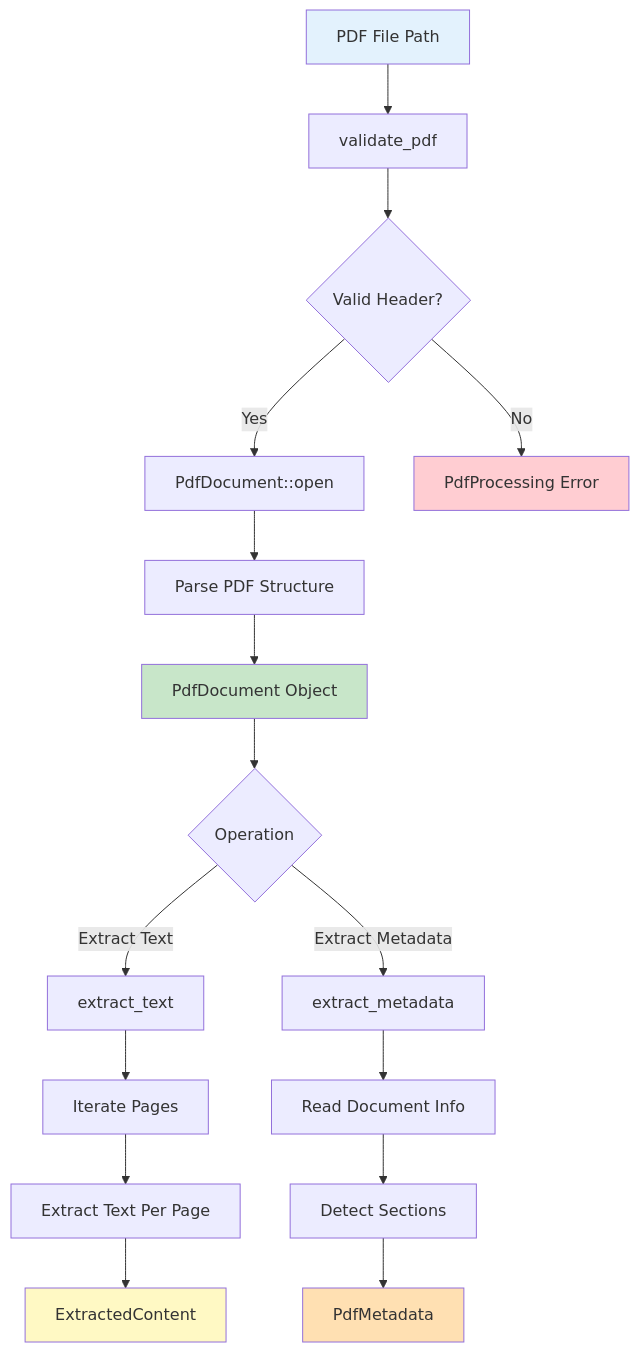
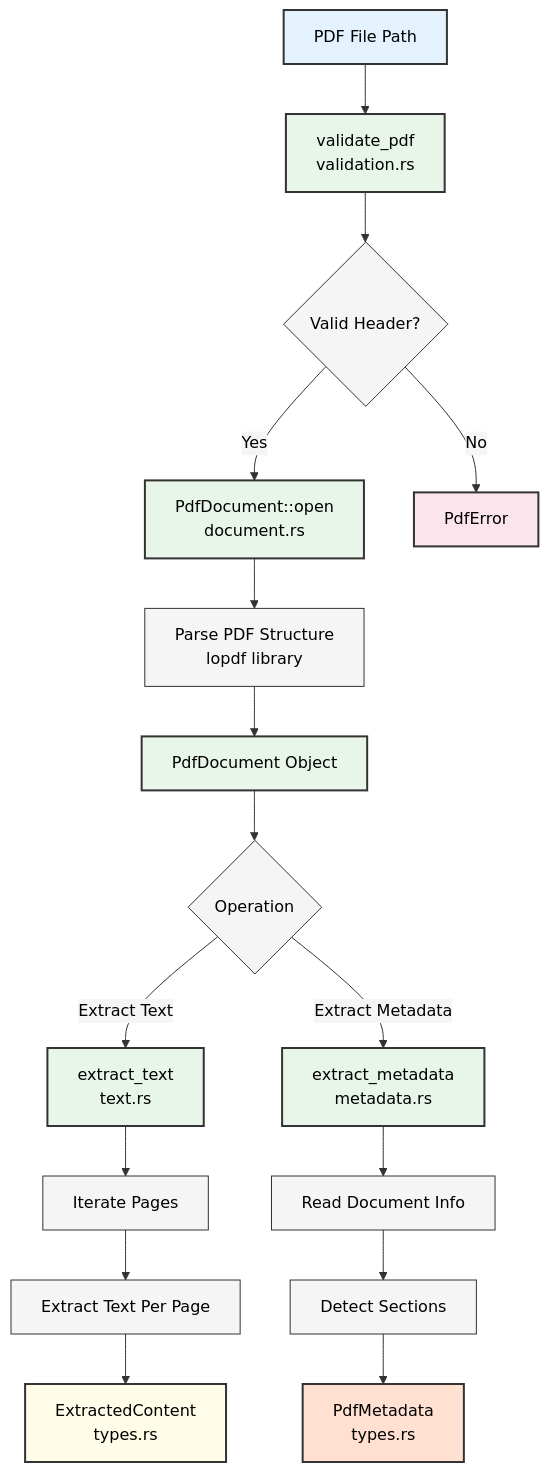
The first of 3 diagrams in wiki/PDF-Processing-Component.md (softwarewrighter/pdf2md), drawn with Mermaid before and after one commit. The commit also changed other lines of this file and 12 other files, not shown here.

First line of the commit message:
docs: update wiki and docs for workspace architecture

````diff
--- a/wiki/PDF-Processing-Component.md
+++ b/wiki/PDF-Processing-Component.md
@@ -19,28 +28,33 @@
 ```mermaid
+%%{init: {'theme':'base', 'themeVariables': {'primaryColor':'#f5f5f5','primaryTextColor':'#000','primaryBorderColor':'#333','lineColor':'#333','secondaryColor':'#f5f5f5','tertiaryColor':'#f5f5f5'}}}%%
 graph TB
-    A[PDF File Path] --> B[validate_pdf]
+    A[PDF File Path] --> B[validate_pdf<br/>validation.rs]
     B --> C{Valid Header?}
-    C -->|Yes| D[PdfDocument::open]
-    C -->|No| E[PdfProcessing Error]
+    C -->|Yes| D[PdfDocument::open<br/>document.rs]
+    C -->|No| E[PdfError]
 
-    D --> F[Parse PDF Structure]
+    D --> F[Parse PDF Structure<br/>lopdf library]
     F --> G[PdfDocument Object]
 
     G --> H{Operation}
-    H -->|Extract Text| I[extract_text]
-    H -->|Extract Metadata| J[extract_metadata]
+    H -->|Extract Text| I[extract_text<br/>text.rs]
+    H -->|Extract Metadata| J[extract_metadata<br/>metadata.rs]
 
     I --> K[Iterate Pages]
     K --> L[Extract Text Per Page]
-    L --> M[ExtractedContent]
+    L --> M[ExtractedContent<br/>types.rs]
 
     J --> N[Read Document Info]
     N --> O[Detect Sections]
-    O --> P[PdfMetadata]
+    O --> P[PdfMetadata<br/>types.rs]
 
-    style A fill:#e3f2fd
-    style G fill:#c8e6c9
-    style M fill:#fff9c4
-    style P fill:#ffe0b2
-    style E fill:#ffcdd2
+    style A fill:#e3f2fd,stroke:#333,stroke-width:2px,color:#000
+    style B fill:#e8f5e9,stroke:#333,stroke-width:2px,color:#000
+    style D fill:#e8f5e9,stroke:#333,stroke-width:2px,color:#000
+    style G fill:#e8f5e9,stroke:#333,stroke-width:2px,color:#000
+    style I fill:#e8f5e9,stroke:#333,stroke-width:2px,color:#000
+    style J fill:#e8f5e9,stroke:#333,stroke-width:2px,color:#000
+    style M fill:#fffde7,stroke:#333,stroke-width:2px,color:#000
+    style P fill:#ffe0d1,stroke:#333,stroke-width:2px,color:#000
+    style E fill:#fce4ec,stroke:#333,stroke-width:2px,color:#000
 ```
````
